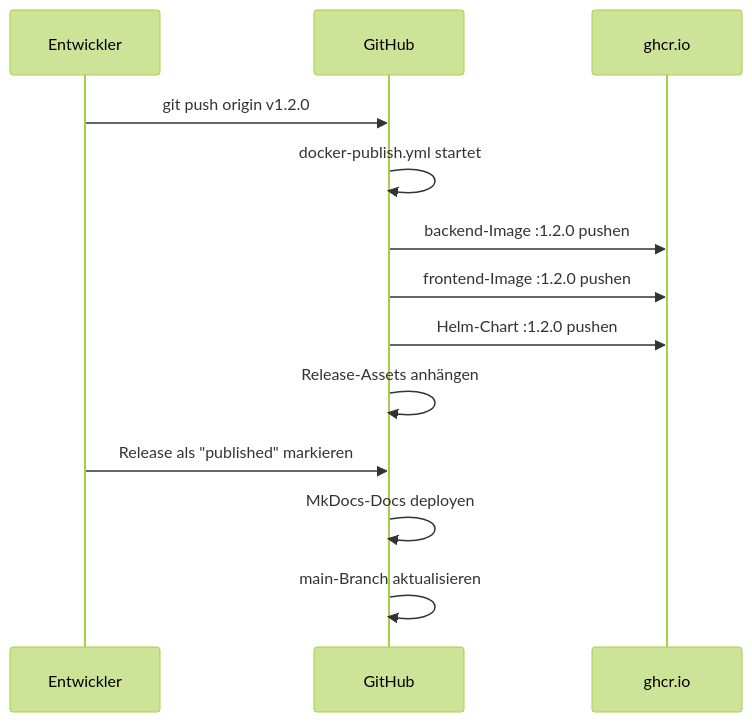
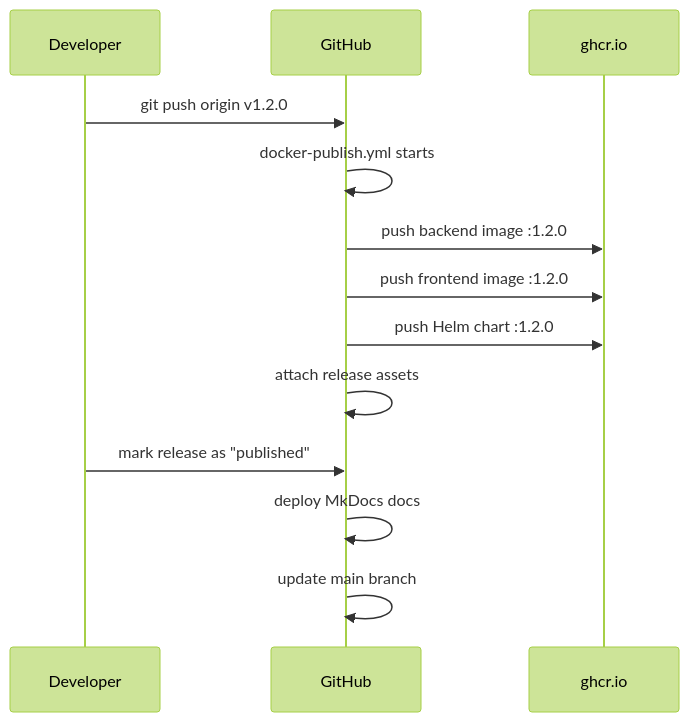
One commit to nolte/kamerplanter changed the diagram in docs/de/deployment/ci-cd.md. Above: the diagram before and after it, drawn with Mermaid (forest theme). The commit also changed other lines of this file and 44 other files, not shown here.

First line of the commit message:
docs: make all Mermaid diagrams spec-compliant (repo-wide sweep)

````diff
--- a/docs/de/deployment/ci-cd.md
+++ b/docs/de/deployment/ci-cd.md
@@ -282,16 +283,16 @@
 ```mermaid
 sequenceDiagram
-    participant Dev as Entwickler
+    participant Dev as Developer
     participant GH as GitHub
     participant GHCR as ghcr.io
 
     Dev->>GH: git push origin v1.2.0
-    GH->>GH: docker-publish.yml startet
-    GH->>GHCR: backend-Image :1.2.0 pushen
-    GH->>GHCR: frontend-Image :1.2.0 pushen
-    GH->>GHCR: Helm-Chart :1.2.0 pushen
-    GH->>GH: Release-Assets anhängen
-    Dev->>GH: Release als "published" markieren
-    GH->>GH: MkDocs-Docs deployen
-    GH->>GH: main-Branch aktualisieren
+    GH->>GH: docker-publish.yml starts
+    GH->>GHCR: push backend image :1.2.0
+    GH->>GHCR: push frontend image :1.2.0
+    GH->>GHCR: push Helm chart :1.2.0
+    GH->>GH: attach release assets
+    Dev->>GH: mark release as "published"
+    GH->>GH: deploy MkDocs docs
+    GH->>GH: update main branch
 ```
````
